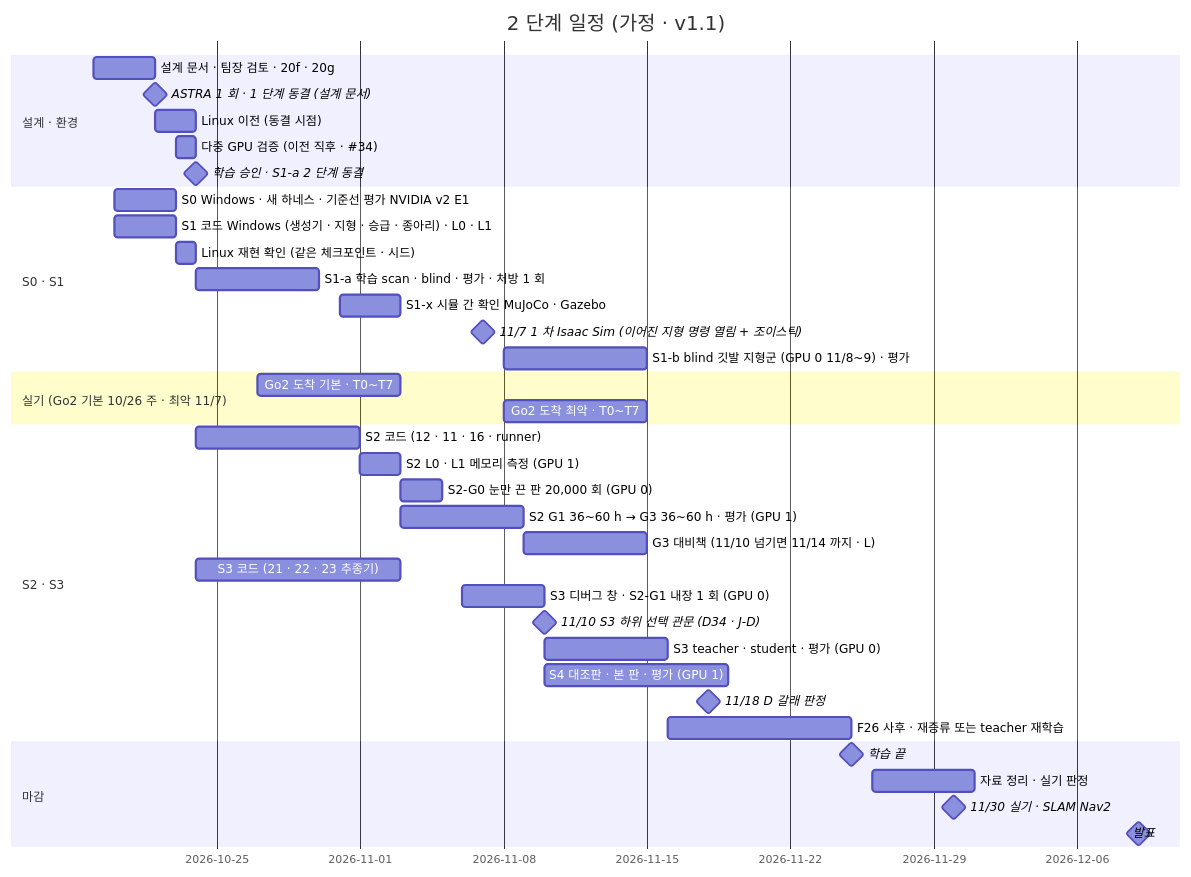
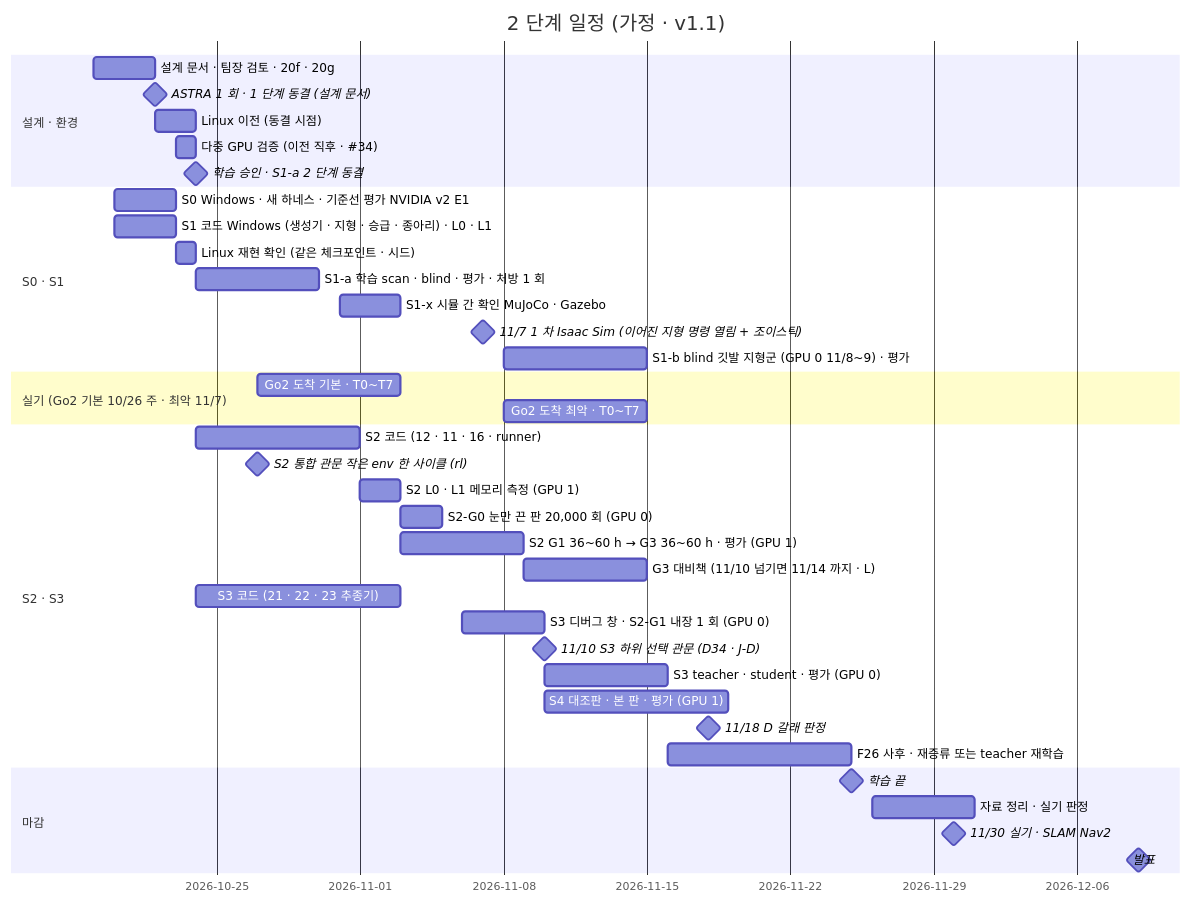
The diagram in inbox/jay/20261019-design/70-RESOURCES-SCHEDULE.md (foothold-project/foothold-lab), drawn with Mermaid before and after one commit. The commit also changed other lines of this file and 9 other files, not shown here.

````diff
--- a/inbox/jay/20261019-design/70-RESOURCES-SCHEDULE.md
+++ b/inbox/jay/20261019-design/70-RESOURCES-SCHEDULE.md
@@ -15,40 +15,41 @@
 ```mermaid
 gantt
   dateFormat  YYYY-MM-DD
   title 2 단계 일정 (가정 · v1.1)
   section 설계 · 환경
   설계 문서 · 팀장 검토 · 20f · 20g      :d1, 2026-10-19, 3d
   ASTRA 1 회 · 1 단계 동결 (설계 문서)   :milestone, 2026-10-22, 0d
   Linux 이전 (동결 시점)                  :p2, 2026-10-22, 2d
   다중 GPU 검증 (이전 직후 · #34)         :p3, 2026-10-23, 1d
   학습 승인 · S1-a 2 단계 동결            :milestone, 2026-10-24, 0d
   section S0 · S1
   S0 Windows · 새 하네스 · 기준선 평가 NVIDIA v2 E1 :s0, 2026-10-20, 3d
   S1 코드 Windows (생성기 · 지형 · 승급 · 종아리) · L0 · L1 :p1, 2026-10-20, 3d
   Linux 재현 확인 (같은 체크포인트 · 시드)  :s0x, 2026-10-23, 1d
   S1-a 학습 scan · blind · 평가 · 처방 1 회 :t1, 2026-10-24, 6d
   S1-x 시뮬 간 확인 MuJoCo · Gazebo       :t1x, 2026-10-31, 3d
   11/7 1 차 Isaac Sim (이어진 지형 명령 열림 + 조이스틱) :milestone, 2026-11-07, 0d
   S1-b blind 깃발 지형군 (GPU 0 11/8~9) · 평가 :t1b, 2026-11-08, 7d
   section 실기 (Go2 기본 10/26 주 · 최악 11/7)
   Go2 도착 기본 · T0~T7                   :r1, 2026-10-27, 7d
   Go2 도착 최악 · T0~T7                   :r2, 2026-11-08, 7d
   section S2 · S3
   S2 코드 (12 · 11 · 16 · runner)         :p4, 2026-10-24, 8d
+  S2 통합 관문 작은 env 한 사이클 (rl)   :milestone, 2026-10-27, 0d
   S2 L0 · L1 메모리 측정 (GPU 1)          :p5, 2026-11-01, 2d
   S2-G0 눈만 끈 판 20,000 회 (GPU 0)     :t0, 2026-11-03, 2d
   S2 G1 36~60 h → G3 36~60 h · 평가 (GPU 1) :t2, 2026-11-03, 6d
   G3 대비책 (11/10 넘기면 11/14 까지 · L)  :t2b, 2026-11-09, 6d
   S3 코드 (21 · 22 · 23 추종기)           :p6, 2026-10-24, 10d
   S3 디버그 창 · S2-G1 내장 1 회 (GPU 0)  :p7, 2026-11-06, 4d
   11/10 S3 하위 선택 관문 (D34 · J-D)     :milestone, 2026-11-10, 0d
   S3 teacher · student · 평가 (GPU 0)     :t3, 2026-11-10, 6d
   S4 대조판 · 본 판 · 평가 (GPU 1)        :t4, 2026-11-10, 9d
   11/18 D 갈래 판정                       :milestone, 2026-11-18, 0d
   F26 사후 · 재증류 또는 teacher 재학습   :t5, 2026-11-16, 9d
   section 마감
   학습 끝                                 :milestone, 2026-11-25, 0d
   자료 정리 · 실기 판정                   :2026-11-26, 5d
   11/30 실기 · SLAM Nav2                  :milestone, 2026-11-30, 0d
   발표                                    :milestone, 2026-12-09, 0d
 ```
````
